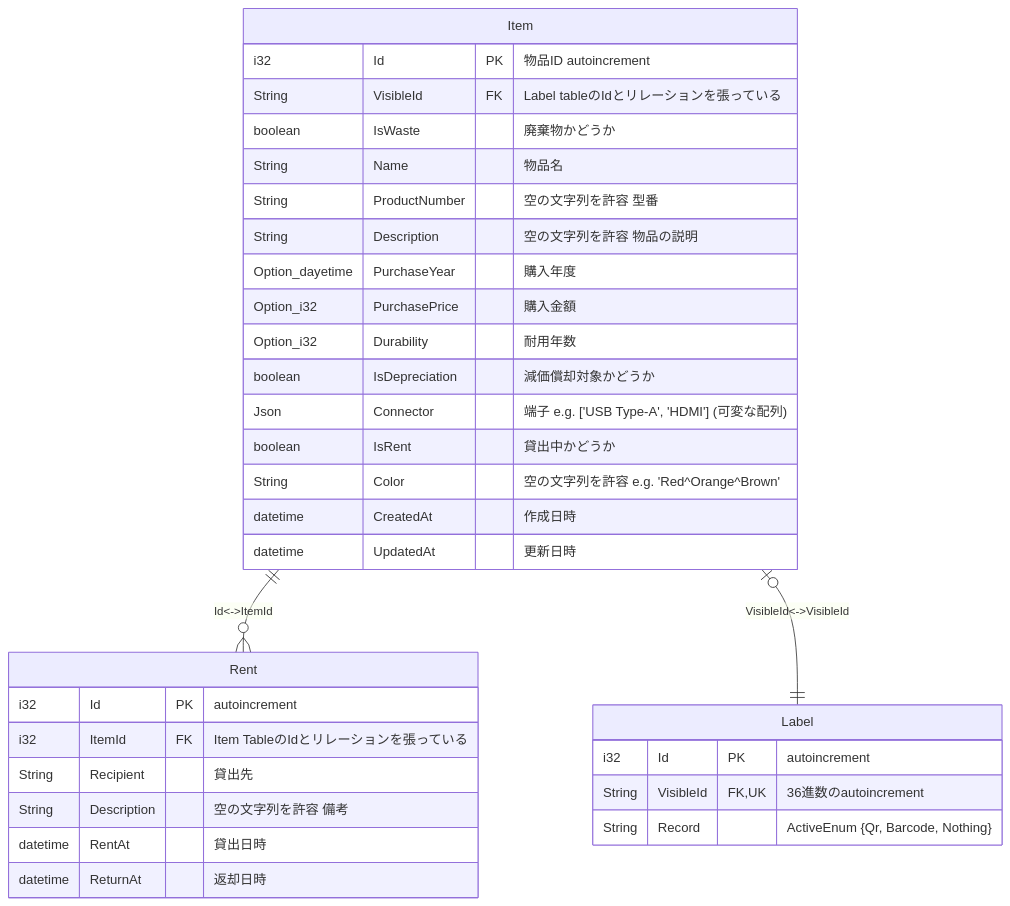
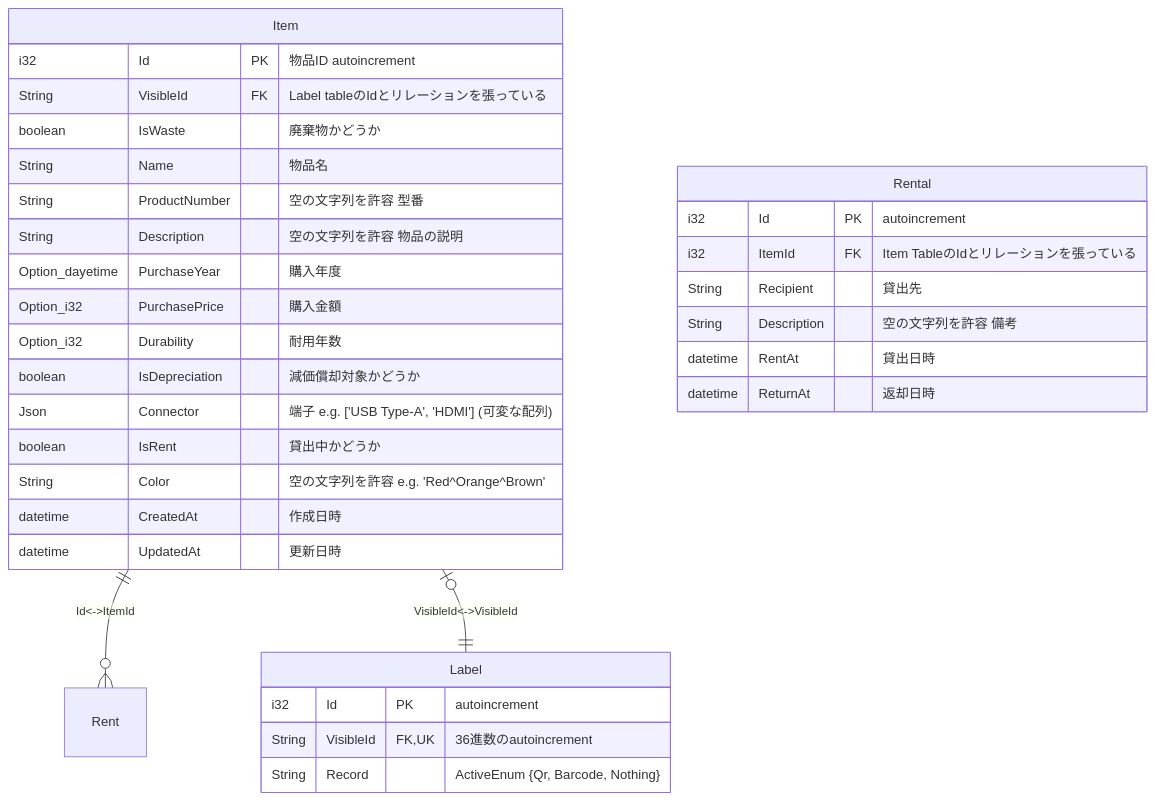
Before and after one commit to sohosai/dashi: the first of 3 diagrams in documents/database.md, drawn with Mermaid.

````diff
--- a/documents/database.md
+++ b/documents/database.md
@@ -10,35 +10,35 @@
 ```mermaid
 erDiagram
     Item ||--o{ Rent : "Id<->ItemId"
     Item |o--|| Label : "VisibleId<->VisibleId"
     Item {
         i32 Id PK "物品ID autoincrement"
         String VisibleId FK "Label tableのIdとリレーションを張っている"
         boolean IsWaste "廃棄物かどうか"
         String Name "物品名"
         String ProductNumber "空の文字列を許容 型番"
         String Description "空の文字列を許容 物品の説明"
         Option_dayetime PurchaseYear "購入年度"
         Option_i32 PurchasePrice "購入金額"
         Option_i32 Durability "耐用年数"
         boolean IsDepreciation "減価償却対象かどうか"
         Json Connector "端子 e.g. ['USB Type-A', 'HDMI'] (可変な配列)"
         boolean IsRent "貸出中かどうか"
         String Color "空の文字列を許容 e.g. 'Red^Orange^Brown'"
         datetime CreatedAt "作成日時"
         datetime UpdatedAt "更新日時"
     }
     Label {
         i32 Id PK "autoincrement"
         String VisibleId FK, UK "36進数のautoincrement"
         String Record "ActiveEnum {Qr, Barcode, Nothing}"
     }
-    Rent {
+    Rental {
         i32 Id PK "autoincrement"
         i32 ItemId FK "Item TableのIdとリレーションを張っている"
         String Recipient "貸出先"
         String Description "空の文字列を許容 備考"
         datetime RentAt "貸出日時"
         datetime ReturnAt "返却日時"
     }
 ```
````
